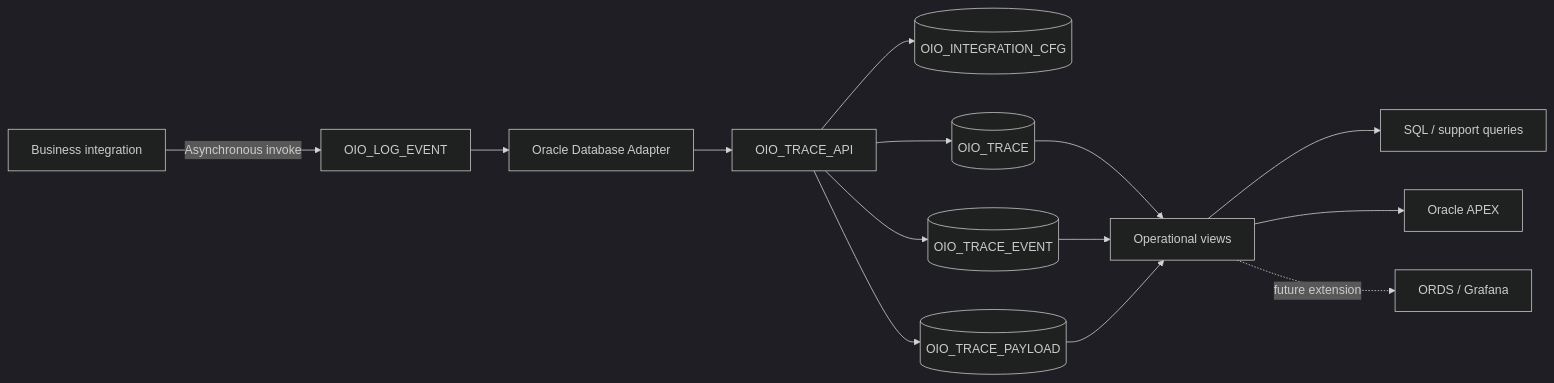
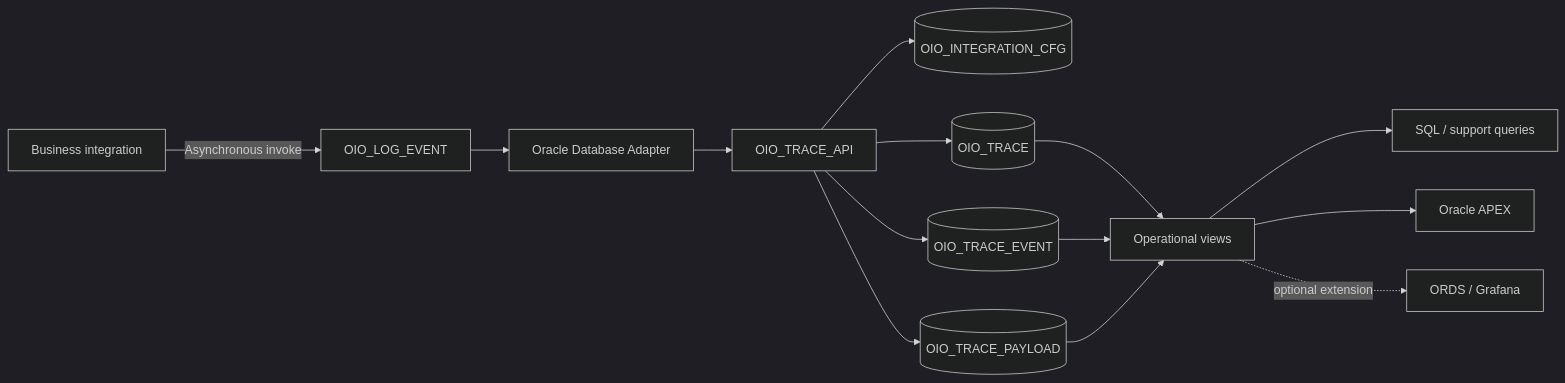
Before and after one commit to lucianosilva/oracle-integration-observability: the first of 4 diagrams in docs/architecture.md, drawn with Mermaid (dark theme). The commit also changed other lines of this file and 2 other files, not shown here.

Commit message:
docs: document optional ORDS and Grafana extension

````diff
--- a/docs/architecture.md
+++ b/docs/architecture.md
@@ -52,19 +52,19 @@
 ```mermaid
 flowchart LR
     A[Business integration] -->|Asynchronous invoke| B[OIO_LOG_EVENT]
     B --> C[Oracle Database Adapter]
     C --> D[OIO_TRACE_API]
 
     D --> E[(OIO_INTEGRATION_CFG)]
     D --> F[(OIO_TRACE)]
     D --> G[(OIO_TRACE_EVENT)]
     D --> H[(OIO_TRACE_PAYLOAD)]
 
     F --> I[Operational views]
     G --> I
     H --> I
 
     I --> J[SQL / support queries]
     I --> K[Oracle APEX]
-    I -. future extension .-> L[ORDS / Grafana]
+    I -. optional extension .-> L[ORDS / Grafana]
 ```
````
